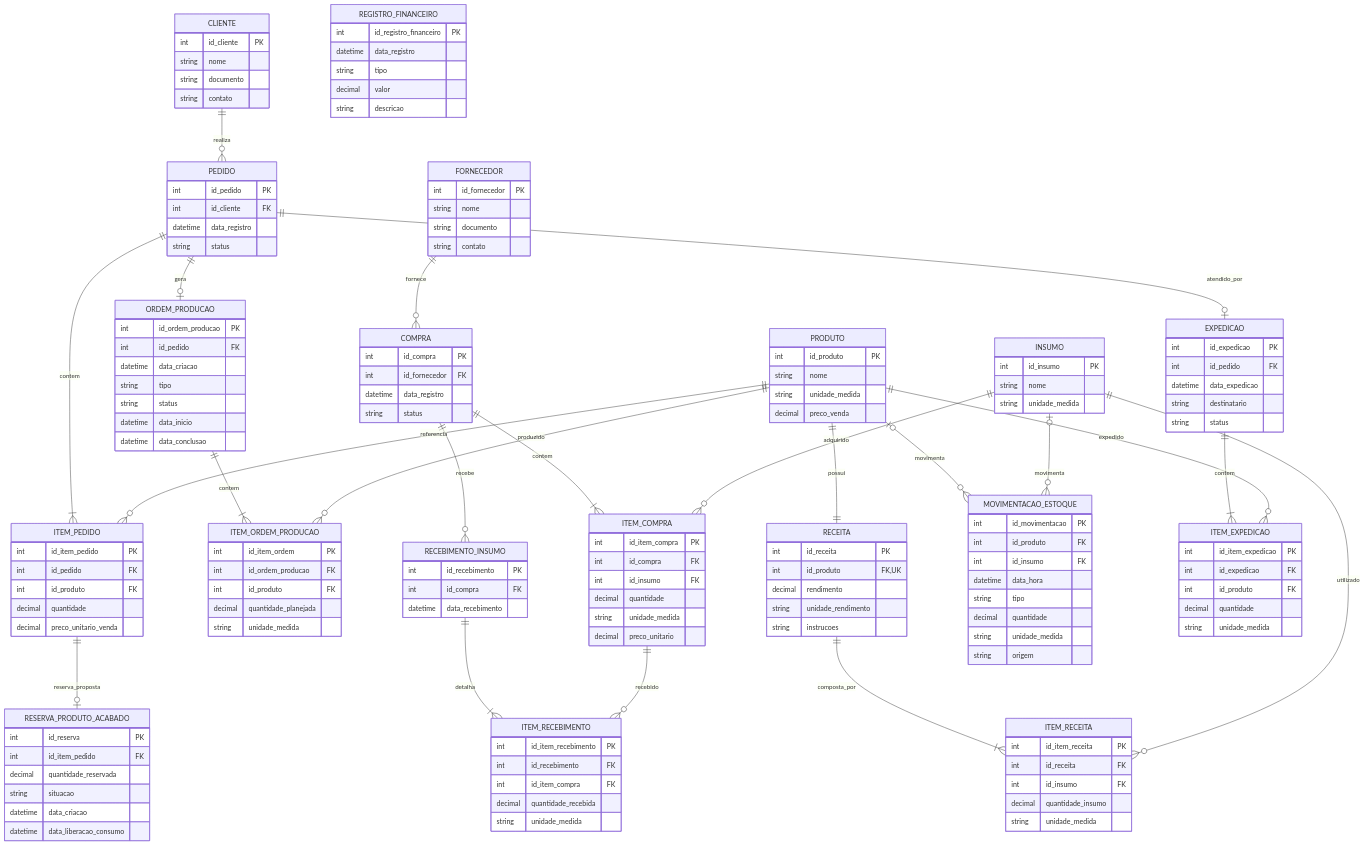
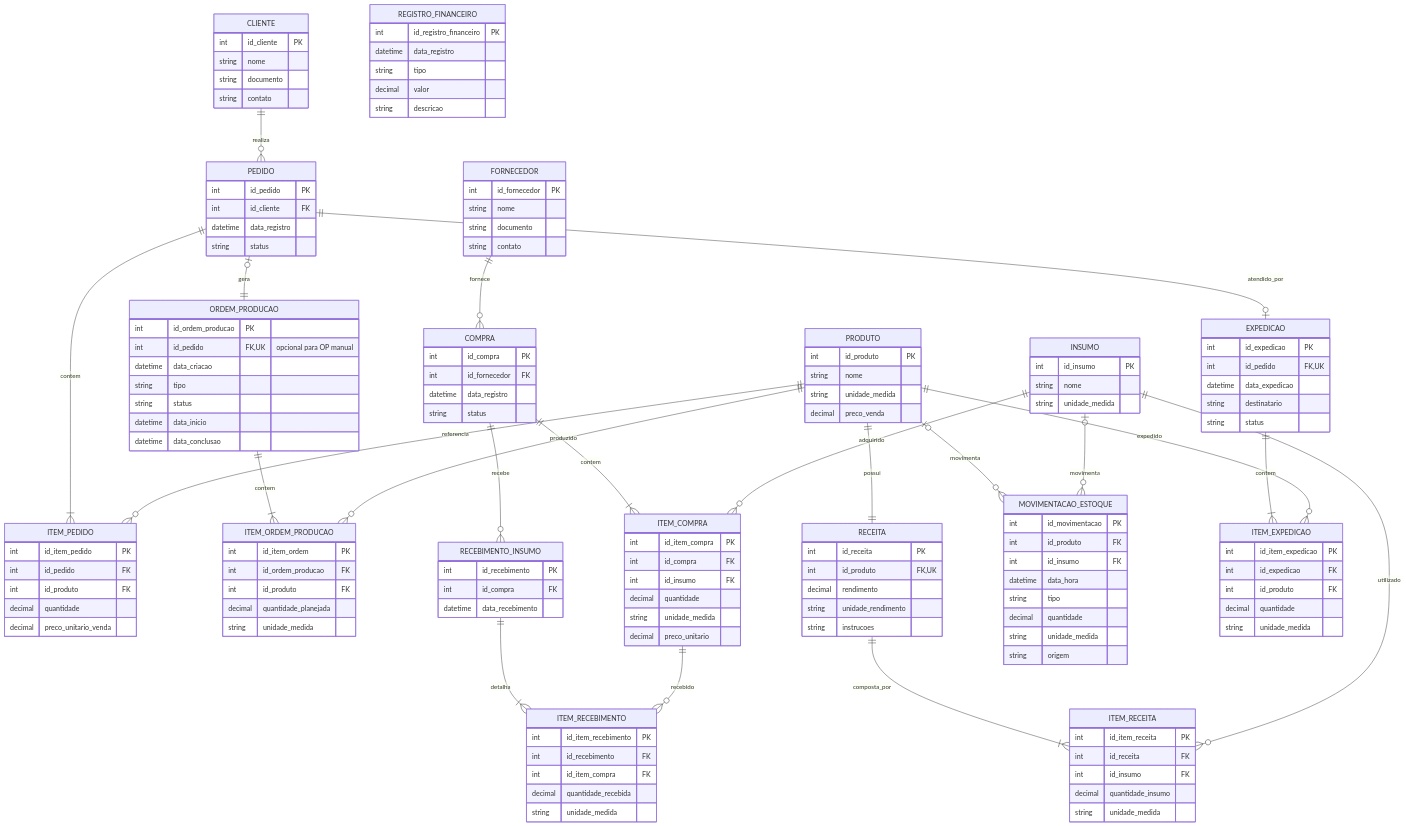
One commit to edumoreira7/TCC---Gestao-Integrada changed the diagram in docs/03-modelagem/dados/der-gestao-integrada.mmd. Above: the diagram before and after it, drawn with Mermaid. The commit also changed 13 other files, not shown here.

```diff
--- a/docs/03-modelagem/dados/der-gestao-integrada.mmd
+++ b/docs/03-modelagem/dados/der-gestao-integrada.mmd
@@ -1,157 +1,147 @@
 %% DER lógico — Gestão Integrada de Estoque e Produção no Setor Alimentício
 %% Documentação-base para revisão do grupo — 02/11/2026
-%% ReservaProdutoAcabado é proposta vinculada à PD12, não classe aprovada.
 erDiagram
     CLIENTE ||--o{ PEDIDO : realiza
     PEDIDO ||--|{ ITEM_PEDIDO : contem
     PRODUTO ||--o{ ITEM_PEDIDO : referencia
-    PEDIDO ||--o| ORDEM_PRODUCAO : gera
+    PEDIDO o|--|| ORDEM_PRODUCAO : gera
     ORDEM_PRODUCAO ||--|{ ITEM_ORDEM_PRODUCAO : contem
     PRODUTO ||--o{ ITEM_ORDEM_PRODUCAO : produzido
     PRODUTO ||--|| RECEITA : possui
     RECEITA ||--|{ ITEM_RECEITA : composta_por
     INSUMO ||--o{ ITEM_RECEITA : utilizado
     FORNECEDOR ||--o{ COMPRA : fornece
     COMPRA ||--|{ ITEM_COMPRA : contem
     INSUMO ||--o{ ITEM_COMPRA : adquirido
     COMPRA ||--o{ RECEBIMENTO_INSUMO : recebe
     RECEBIMENTO_INSUMO ||--|{ ITEM_RECEBIMENTO : detalha
     ITEM_COMPRA ||--o{ ITEM_RECEBIMENTO : recebido
     PRODUTO o|--o{ MOVIMENTACAO_ESTOQUE : movimenta
     INSUMO o|--o{ MOVIMENTACAO_ESTOQUE : movimenta
     PEDIDO ||--o| EXPEDICAO : atendido_por
     EXPEDICAO ||--|{ ITEM_EXPEDICAO : contem
     PRODUTO ||--o{ ITEM_EXPEDICAO : expedido
-    ITEM_PEDIDO ||--o| RESERVA_PRODUTO_ACABADO : reserva_proposta
 
     CLIENTE {
         int id_cliente PK
         string nome
         string documento
         string contato
     }
     PEDIDO {
         int id_pedido PK
         int id_cliente FK
         datetime data_registro
         string status
     }
     ITEM_PEDIDO {
         int id_item_pedido PK
         int id_pedido FK
         int id_produto FK
         decimal quantidade
         decimal preco_unitario_venda
     }
     PRODUTO {
         int id_produto PK
         string nome
         string unidade_medida
         decimal preco_venda
     }
     RECEITA {
         int id_receita PK
         int id_produto FK, UK
         decimal rendimento
         string unidade_rendimento
         string instrucoes
     }
     ITEM_RECEITA {
         int id_item_receita PK
         int id_receita FK
         int id_insumo FK
         decimal quantidade_insumo
         string unidade_medida
     }
     INSUMO {
         int id_insumo PK
         string nome
         string unidade_medida
     }
     ORDEM_PRODUCAO {
         int id_ordem_producao PK
-        int id_pedido FK
+        int id_pedido FK, UK "opcional para OP manual"
         datetime data_criacao
         string tipo
         string status
         datetime data_inicio
         datetime data_conclusao
     }
     ITEM_ORDEM_PRODUCAO {
         int id_item_ordem PK
         int id_ordem_producao FK
         int id_produto FK
         decimal quantidade_planejada
         string unidade_medida
     }
     FORNECEDOR {
         int id_fornecedor PK
         string nome
         string documento
         string contato
     }
     COMPRA {
         int id_compra PK
         int id_fornecedor FK
         datetime data_registro
         string status
     }
     ITEM_COMPRA {
         int id_item_compra PK
         int id_compra FK
         int id_insumo FK
         decimal quantidade
         string unidade_medida
         decimal preco_unitario
     }
     RECEBIMENTO_INSUMO {
         int id_recebimento PK
         int id_compra FK
         datetime data_recebimento
     }
     ITEM_RECEBIMENTO {
         int id_item_recebimento PK
         int id_recebimento FK
         int id_item_compra FK
         decimal quantidade_recebida
         string unidade_medida
     }
     MOVIMENTACAO_ESTOQUE {
         int id_movimentacao PK
         int id_produto FK
         int id_insumo FK
         datetime data_hora
         string tipo
         decimal quantidade
         string unidade_medida
         string origem
     }
     EXPEDICAO {
         int id_expedicao PK
-        int id_pedido FK
+        int id_pedido FK, UK
         datetime data_expedicao
         string destinatario
         string status
     }
     ITEM_EXPEDICAO {
         int id_item_expedicao PK
         int id_expedicao FK
         int id_produto FK
         decimal quantidade
         string unidade_medida
     }
     REGISTRO_FINANCEIRO {
         int id_registro_financeiro PK
         datetime data_registro
         string tipo
         decimal valor
         string descricao
     }
-    RESERVA_PRODUTO_ACABADO {
-        int id_reserva PK
-        int id_item_pedido FK
-        decimal quantidade_reservada
-        string situacao
-        datetime data_criacao
-        datetime data_liberacao_consumo
-    }
```
